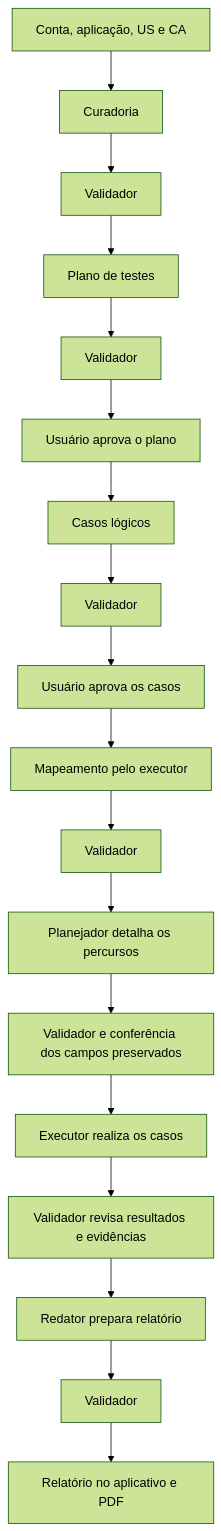
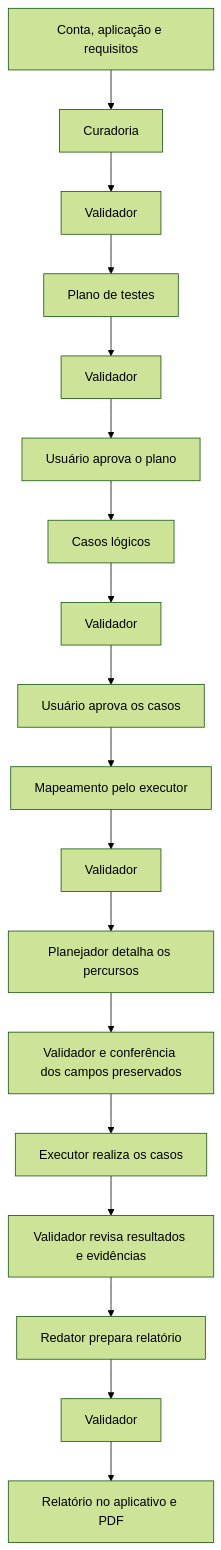
The diagram in docs/requisitos/CONTRATOS.md (mh131105/akcit-qa-agent), drawn with Mermaid (forest theme) before and after one commit. The commit also changed other lines of this file and 26 other files, not shown here.

````diff
--- a/docs/requisitos/CONTRATOS.md
+++ b/docs/requisitos/CONTRATOS.md
@@ -11,20 +12,20 @@
 ```mermaid
 flowchart TD
-    I[Conta, aplicação, US e CA] --> C[Curadoria]
+    I[Conta, aplicação e requisitos] --> C[Curadoria]
     C --> V1[Validador]
     V1 --> P[Plano de testes]
     P --> V2[Validador]
     V2 --> H1[Usuário aprova o plano]
     H1 --> T[Casos lógicos]
     T --> V3[Validador]
     V3 --> H2[Usuário aprova os casos]
     H2 --> M[Mapeamento pelo executor]
     M --> V4[Validador]
     V4 --> D[Planejador detalha os percursos]
     D --> V5[Validador e conferência dos campos preservados]
     V5 --> E[Executor realiza os casos]
     E --> V6[Validador revisa resultados e evidências]
     V6 --> R[Redator prepara relatório]
     R --> V7[Validador]
     V7 --> UI[Relatório no aplicativo e PDF]
 ```
````
